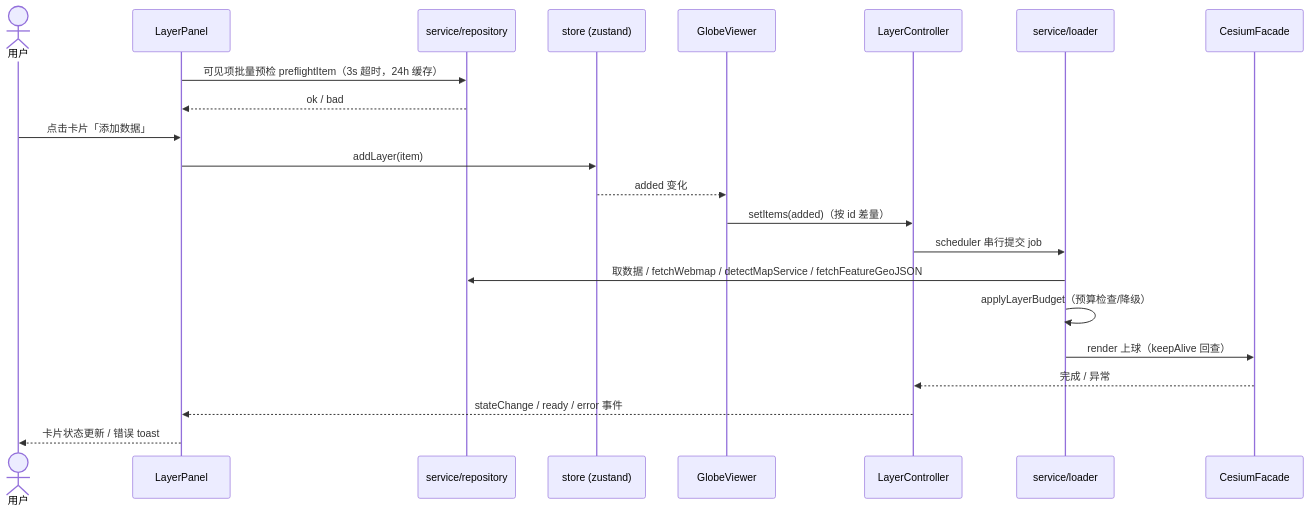
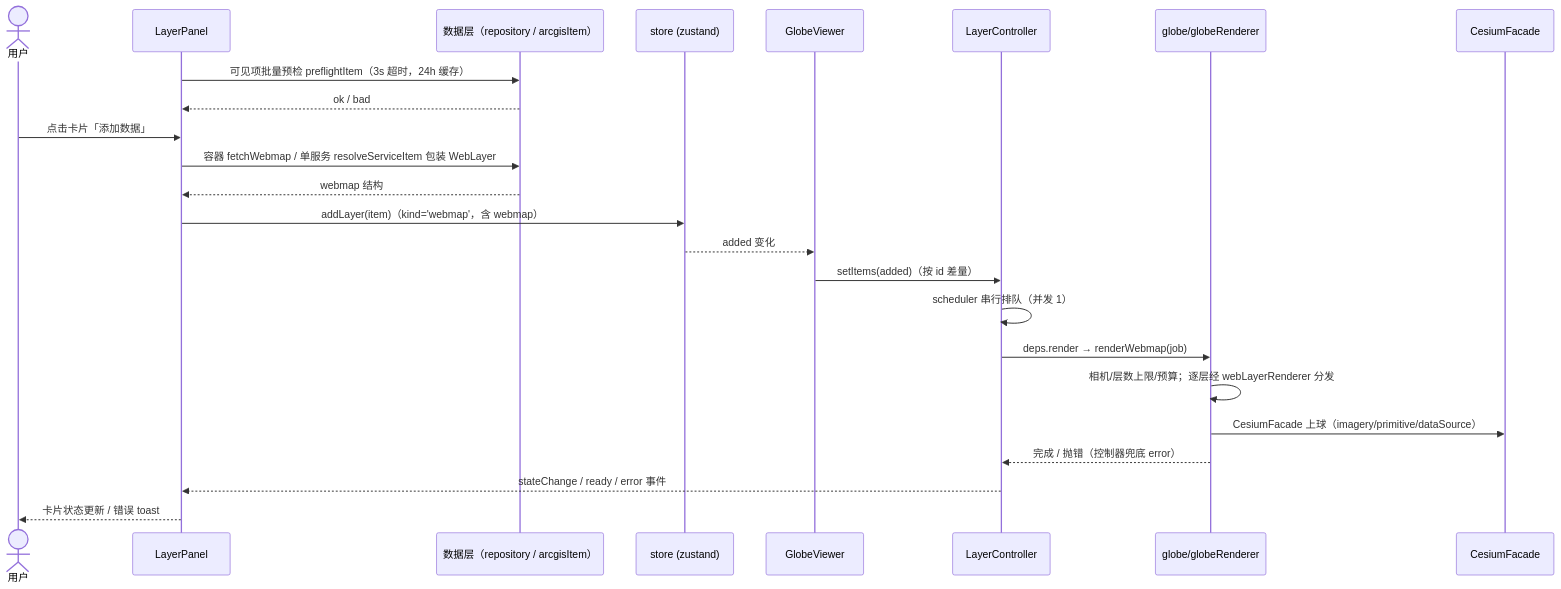
One commit to gis2all/earth-viewer changed the second of 4 diagrams in CLAUDE.md. Above: the diagram before and after it, drawn with Mermaid. The commit also changed other lines of this file, not shown here.

Commit message:
docs(claude): sync render flow, exports and coverage

````diff
--- a/CLAUDE.md
+++ b/CLAUDE.md
@@ -214,25 +216,27 @@
 ```mermaid
 sequenceDiagram
     actor U as 用户
     participant P as LayerPanel
-    participant R as service/repository
+    participant R as 数据层（repository / arcgisItem）
     participant S as store (zustand)
     participant G as GlobeViewer
     participant L as LayerController
-    participant Ld as service/loader
+    participant Gr as globe/globeRenderer
     participant C as CesiumFacade
 
     P->>R: 可见项批量预检 preflightItem（3s 超时，24h 缓存）
     R-->>P: ok / bad
     U->>P: 点击卡片「添加数据」
-    P->>S: addLayer(item)
+    P->>R: 容器 fetchWebmap / 单服务 resolveServiceItem 包装 WebLayer
+    R-->>P: webmap 结构
+    P->>S: addLayer(item)（kind='webmap'，含 webmap）
     S-->>G: added 变化
     G->>L: setItems(added)（按 id 差量）
-    L->>Ld: scheduler 串行提交 job
-    Ld->>R: 取数据 / fetchWebmap / detectMapService / fetchFeatureGeoJSON
-    Ld->>Ld: applyLayerBudget（预算检查/降级）
-    Ld->>C: render 上球（keepAlive 回查）
-    C-->>L: 完成 / 异常
+    L->>L: scheduler 串行排队（并发 1）
+    L->>Gr: deps.render → renderWebmap(job)
+    Gr->>Gr: 相机/层数上限/预算；逐层经 webLayerRenderer 分发
+    Gr->>C: CesiumFacade 上球（imagery/primitive/dataSource）
+    Gr-->>L: 完成 / 抛错（控制器兜底 error）
     L-->>P: stateChange / ready / error 事件
     P-->>U: 卡片状态更新 / 错误 toast
 ```
````
